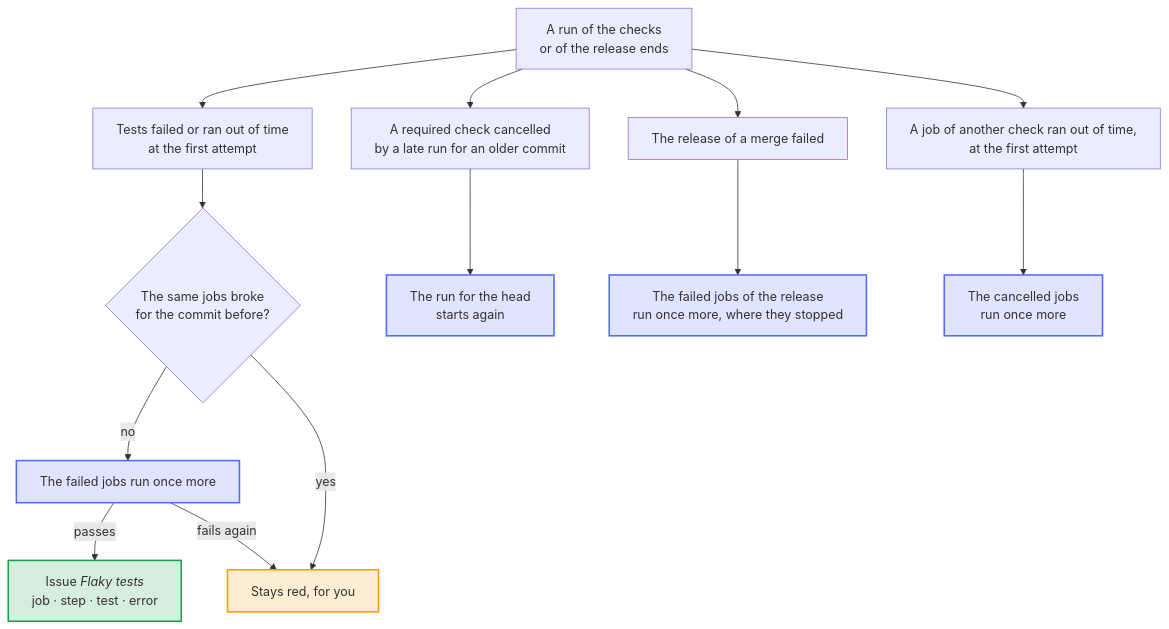
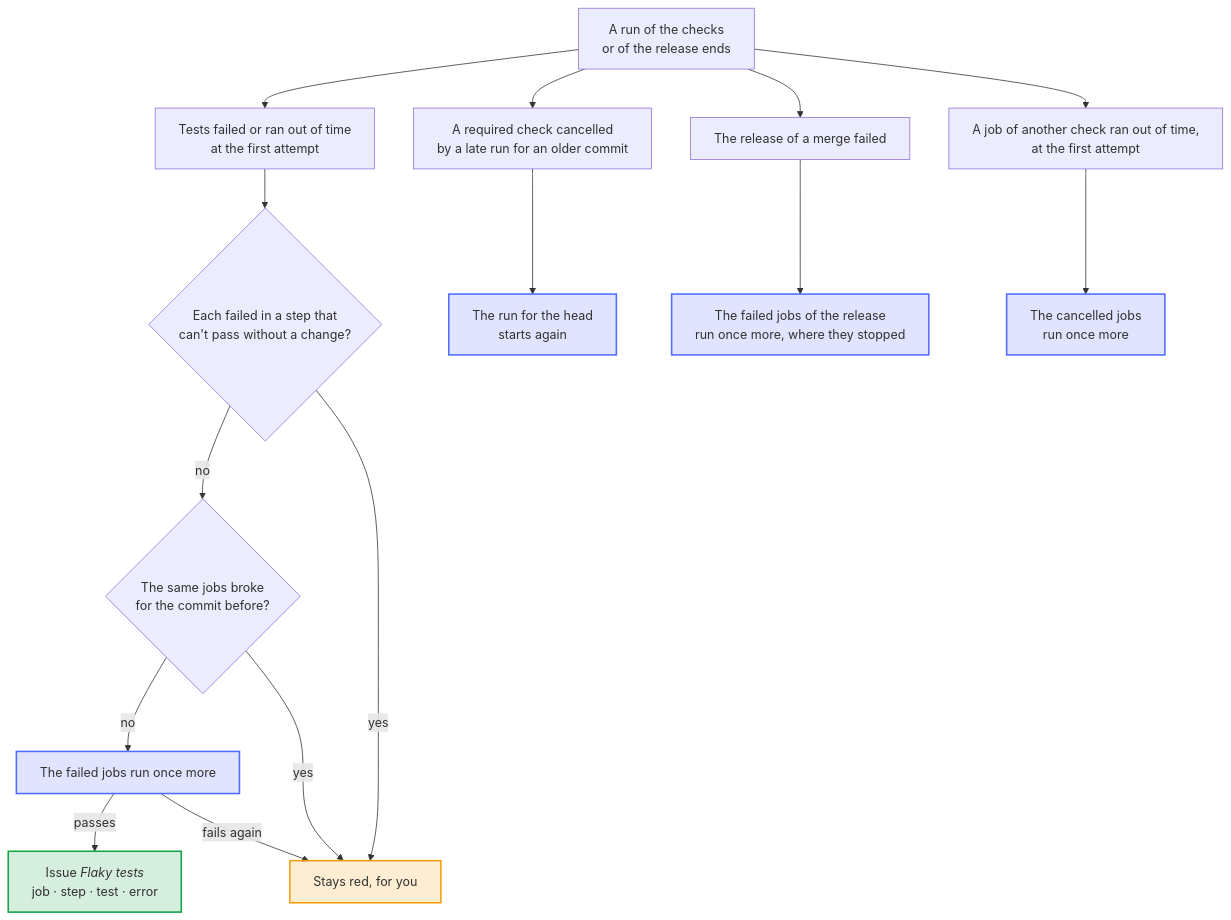
Before and after one commit to Dennis-Otto/repo-blueprint: the diagram in docs/diagrams/when-a-check-fails-or-stops.mmd, drawn with Mermaid. The commit also changed 21 other files, not shown here.

First line of the commit message:
feat(flaky): run no job again that failed in a step that can't pass without a change (#1037)

```diff
--- a/docs/diagrams/when-a-check-fails-or-stops.mmd
+++ b/docs/diagrams/when-a-check-fails-or-stops.mmd
@@ -1,41 +1,44 @@
 ---
 config:
   flowchart:
     wrappingWidth: 400
 ---
 flowchart TB
     accTitle: When a check fails or stops
-    accDescr: When a run of the checks or of the release ends, the bots after the checks look at how. Tests that failed or ran out of time at first run their failed jobs once more, unless the same jobs broke for the commit before; a job that passes then goes into the issue of flaky tests with its step, its test and its error, and one that fails again stays red. A required check that a late run for an older commit cancelled starts again. A job of another check that ran out of time at the first attempt runs once more. The release of a merge that failed runs its failed jobs once more, where they stopped.
+    accDescr: When a run of the checks or of the release ends, the bots after the checks look at how. Tests that failed or ran out of time at first run their failed jobs once more, unless each of them failed in a step of scripts/check.sh that can't pass without a change, or the same jobs broke for the commit before, which leaves them red and moves the line of the branch bot on; a job that passes then goes into the issue of flaky tests with its step, its test and its error, and one that fails again stays red. A required check that a late run for an older commit cancelled starts again. A job of another check that ran out of time at the first attempt runs once more. The release of a merge that failed runs its failed jobs once more, where they stopped.
 
     run["A run of the checks<br>or of the release ends"]
     tests["Tests failed or ran out of time<br>at the first attempt"]
     raced["A required check cancelled<br>by a late run for an older commit"]
     release["The release of a merge failed"]
     late["A job of another check ran out of time,<br>at the first attempt"]
+    step{"Each failed in a step that<br>can't pass without a change?"}
     before{"The same jobs broke<br>for the commit before?"}
     again["The failed jobs run once more"]
     flaky["`Issue *Flaky tests*<br>job · step · test · error`"]
     restart["The run for the head<br>starts again"]
     resume["The failed jobs of the release<br>run once more, where they stopped"]
     once["The cancelled jobs<br>run once more"]
     red["Stays red, for you"]
 
     run --> tests
     run --> raced
     run --> release
     run --> late
-    tests --> before
+    tests --> step
+    step -- "no" --> before
+    step -- "yes" --> red
     before -- "no" --> again
     before -- "yes" --> red
     again -- "passes" --> flaky
     again -- "fails again" --> red
     raced --> restart
     late --> once
     release --> resume
 
     classDef bot fill:#526cfe2e,stroke:#526cfe,stroke-width:2px
     classDef person fill:#f59e0b2e,stroke:#f59e0b,stroke-width:2px
     classDef done fill:#16a34a2e,stroke:#16a34a,stroke-width:2px
     class again,restart,resume,once bot
     class red person
     class flaky done
```
